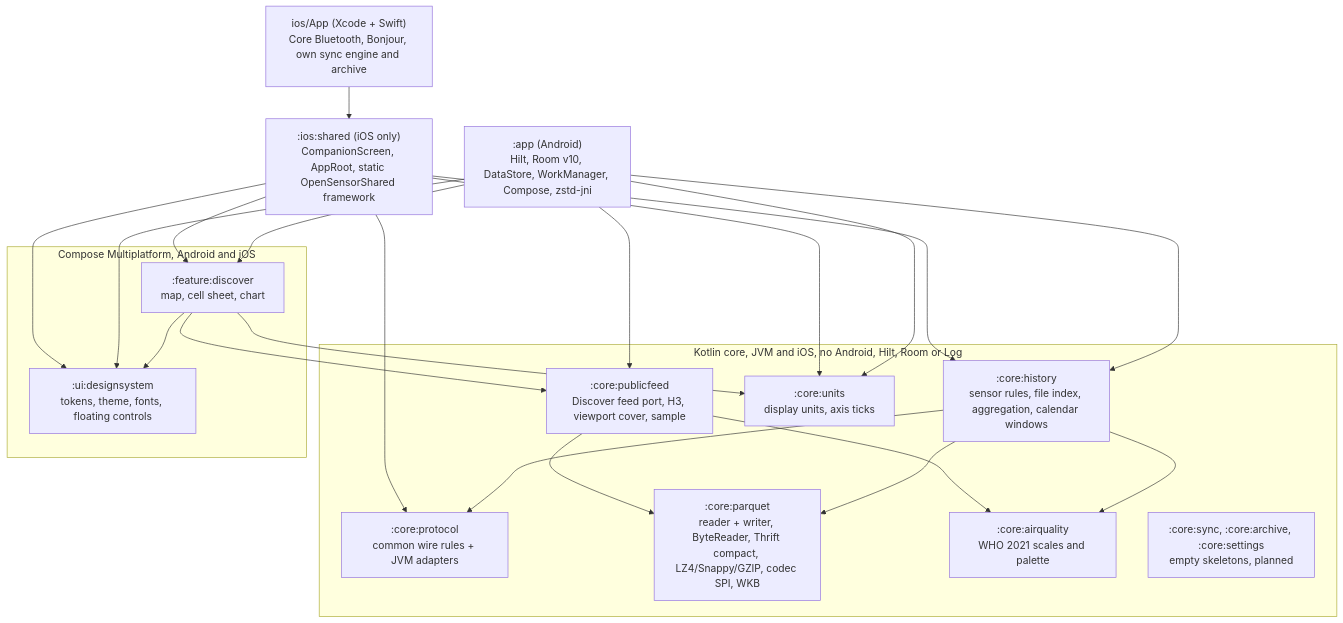
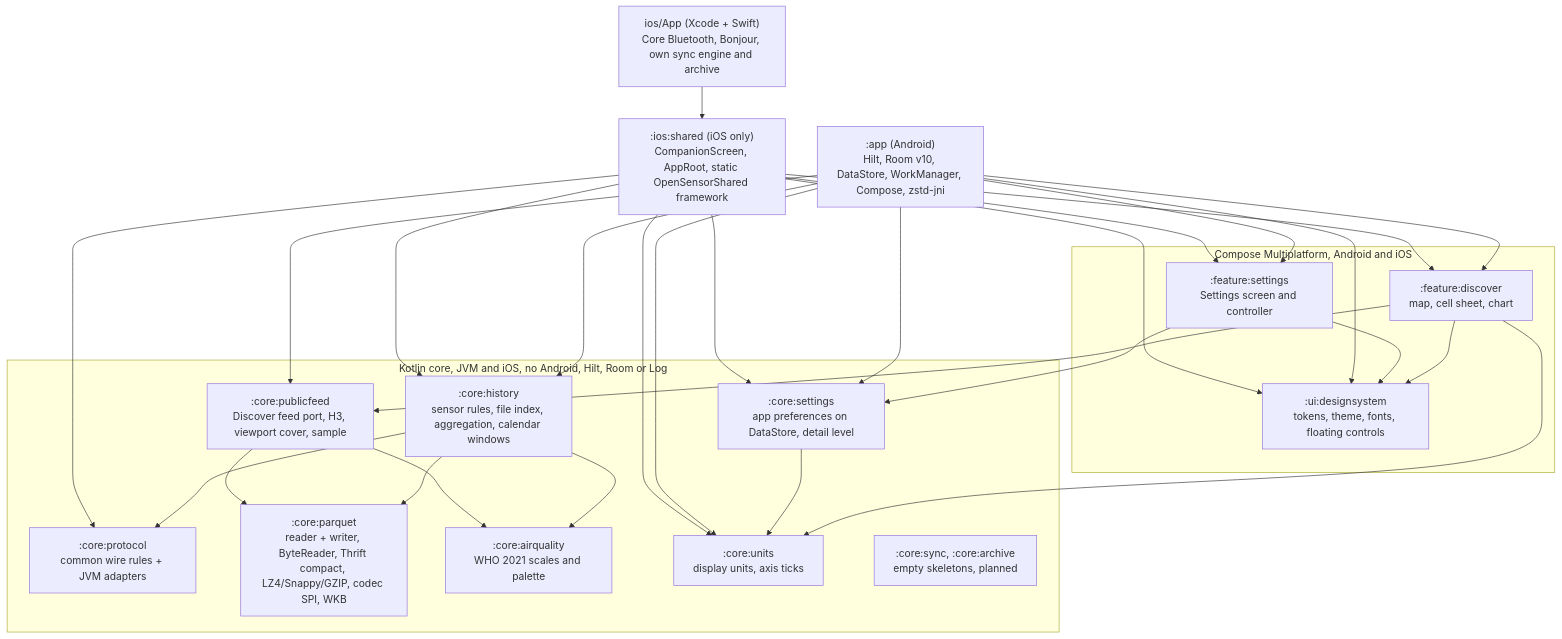
The first of 3 diagrams in docs/architecture.md (walkthru-earth/opensensor-space-mobile), drawn with Mermaid before and after one commit. The commit also changed other lines of this file and 17 other files, not shown here.

First line of the commit message:
One Settings screen for Android and iOS

````diff
--- a/docs/architecture.md
+++ b/docs/architecture.md
@@ -9,25 +9,29 @@
 ```mermaid
 flowchart TB
   subgraph core["Kotlin core, JVM and iOS, no Android, Hilt, Room or Log"]
     PR[":core:protocol<br/>common wire rules + JVM adapters"]
     PQ[":core:parquet<br/>reader + writer, ByteReader, Thrift compact, LZ4/Snappy/GZIP, codec SPI, WKB"]
     AQ[":core:airquality<br/>WHO 2021 scales and palette"]
     HI[":core:history<br/>sensor rules, file index, aggregation, calendar windows"]
     PF[":core:publicfeed<br/>Discover feed port, H3, viewport cover, sample"]
     UN[":core:units<br/>display units, axis ticks"]
-    SK[":core:sync, :core:archive, :core:settings<br/>empty skeletons, planned"]
+    SE[":core:settings<br/>app preferences on DataStore, detail level"]
+    SK[":core:sync, :core:archive<br/>empty skeletons, planned"]
   end
   subgraph ui["Compose Multiplatform, Android and iOS"]
     DS[":ui:designsystem<br/>tokens, theme, fonts, floating controls"]
     DI[":feature:discover<br/>map, cell sheet, chart"]
+    FS[":feature:settings<br/>Settings screen and controller"]
   end
   APP[":app (Android)<br/>Hilt, Room v10, DataStore, WorkManager, Compose, zstd-jni"]
   IOS["ios/App (Xcode + Swift)<br/>Core Bluetooth, Bonjour, own sync engine and archive"]
   IS[":ios:shared (iOS only)<br/>CompanionScreen, AppRoot, static OpenSensorShared framework"]
   HI --> PQ & PR & AQ
   PF --> PQ & AQ
   DI --> PF & UN & DS
-  APP --> HI & PF & UN & DI & DS
-  IS --> HI & PR & UN & DI & DS
+  SE --> UN
+  FS --> SE & DS
+  APP --> HI & PF & UN & DI & DS & SE & FS
+  IS --> HI & PR & UN & DI & DS & SE & FS
   IOS --> IS
 ```
````
